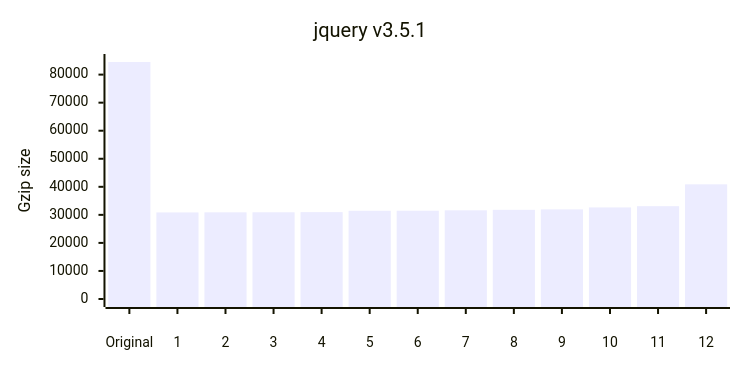
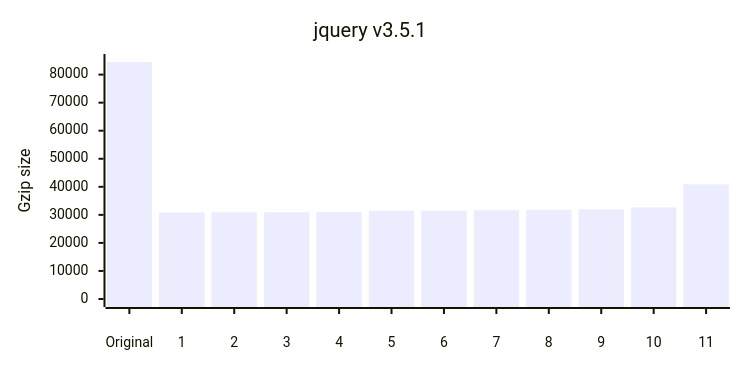
One commit to privatenumber/minification-benchmarks changed the third of 12 diagrams in README.md. Above: the diagram before and after it, drawn with Mermaid. The commit also changed other lines of this file and 1 other file, not shown here.

````diff
--- a/README.md
+++ b/README.md
@@ -157,17 +157,17 @@
 ```mermaid
 ---
 config:
     xyChart:
         width: 720
         height: 360
         xAxis:
             labelPadding: 20
         yAxis:
             labelPadding: 10
 ---
 xychart-beta
 	title "jquery v3.5.1"
-	x-axis ["Original",1,2,3,4,5,6,7,8,9,10,11,12]
+	x-axis ["Original",1,2,3,4,5,6,7,8,9,10,11]
 	y-axis "Gzip size" 0 --> 84498
-	bar [84498,30866,30903,30913,30969,31446,31470,31621,31799,31954,32653,33086,40879]
+	bar [84498,30866,30903,30913,30969,31446,31470,31621,31799,31954,32653,40879]
 ```
````
